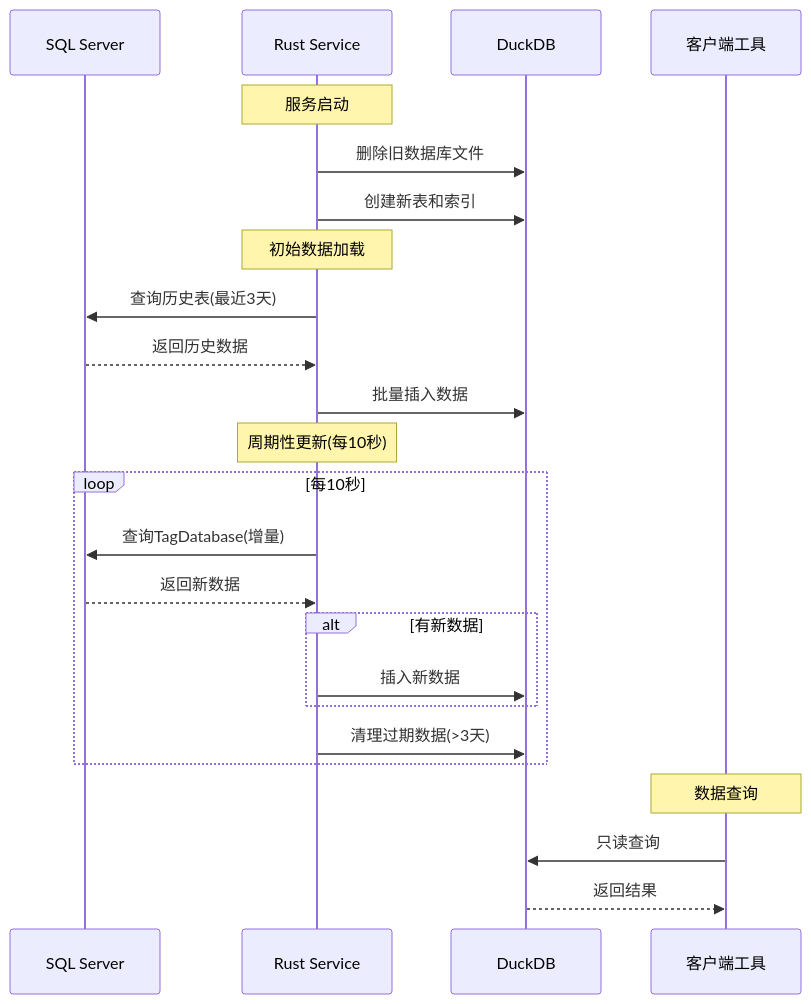
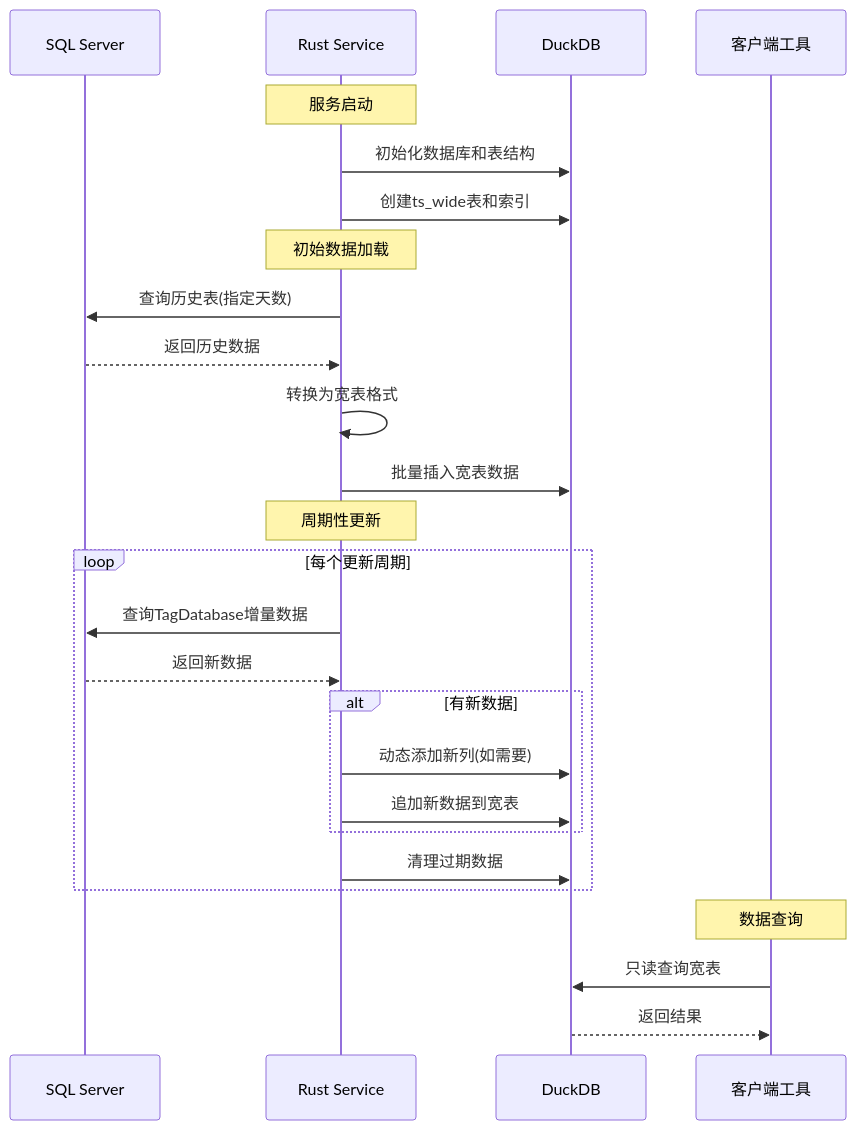
The second of 3 diagrams in README.md (bahayonghang/rt_db), drawn with Mermaid before and after one commit. The commit also changed other lines of this file and 19 other files, not shown here.

````diff
--- a/README.md
+++ b/README.md
@@ -91,30 +95,32 @@
 ```mermaid
 sequenceDiagram
     participant SQL as SQL Server
     participant RS as Rust Service
     participant Duck as DuckDB
     participant Client as 客户端工具
     
     Note over RS: 服务启动
-    RS->>Duck: 删除旧数据库文件
-    RS->>Duck: 创建新表和索引
+    RS->>Duck: 初始化数据库和表结构
+    RS->>Duck: 创建ts_wide表和索引
     
     Note over RS: 初始数据加载
-    RS->>SQL: 查询历史表(最近3天)
+    RS->>SQL: 查询历史表(指定天数)
     SQL-->>RS: 返回历史数据
-    RS->>Duck: 批量插入数据
+    RS->>RS: 转换为宽表格式
+    RS->>Duck: 批量插入宽表数据
     
-    Note over RS: 周期性更新(每10秒)
-    loop 每10秒
-        RS->>SQL: 查询TagDatabase(增量)
+    Note over RS: 周期性更新
+    loop 每个更新周期
+        RS->>SQL: 查询TagDatabase增量数据
         SQL-->>RS: 返回新数据
         alt 有新数据
-            RS->>Duck: 插入新数据
+            RS->>Duck: 动态添加新列(如需要)
+            RS->>Duck: 追加新数据到宽表
         end
-        RS->>Duck: 清理过期数据(>3天)
+        RS->>Duck: 清理过期数据
     end
     
     Note over Client: 数据查询
-    Client->>Duck: 只读查询
+    Client->>Duck: 只读查询宽表
     Duck-->>Client: 返回结果
 ```
````
